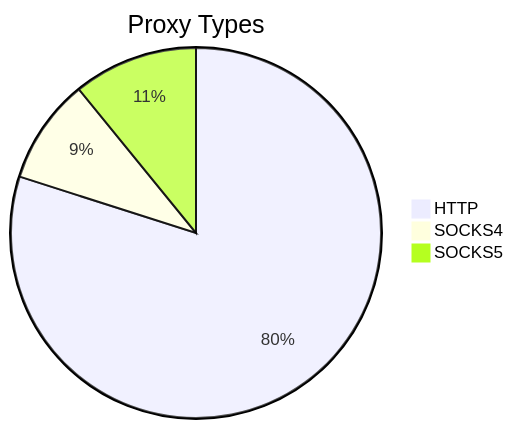
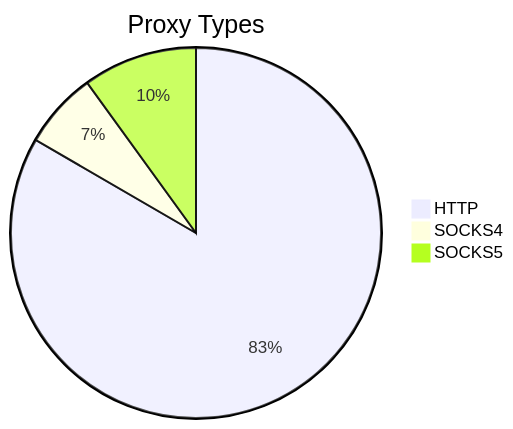
One commit to stormsia/proxy-list changed the first of 2 diagrams in README.md. Above: the diagram before and after it, drawn with Mermaid. The commit also changed other lines of this file, not shown here.

````diff
--- a/README.md
+++ b/README.md
@@ -21,6 +21,6 @@
 ```mermaid
 pie title Proxy Types
-    "HTTP" : 426
-    "SOCKS4" : 49
-    "SOCKS5" : 58
+    "HTTP" : 401
+    "SOCKS4" : 32
+    "SOCKS5" : 48
 ```
````
